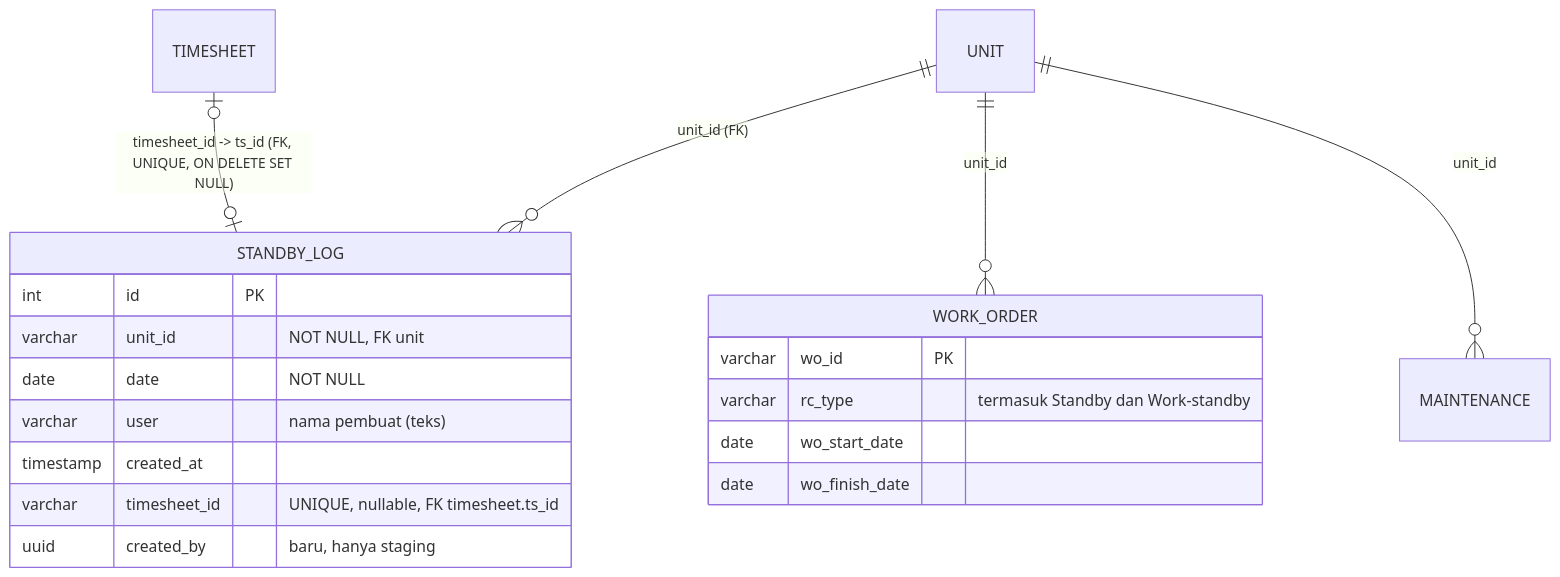
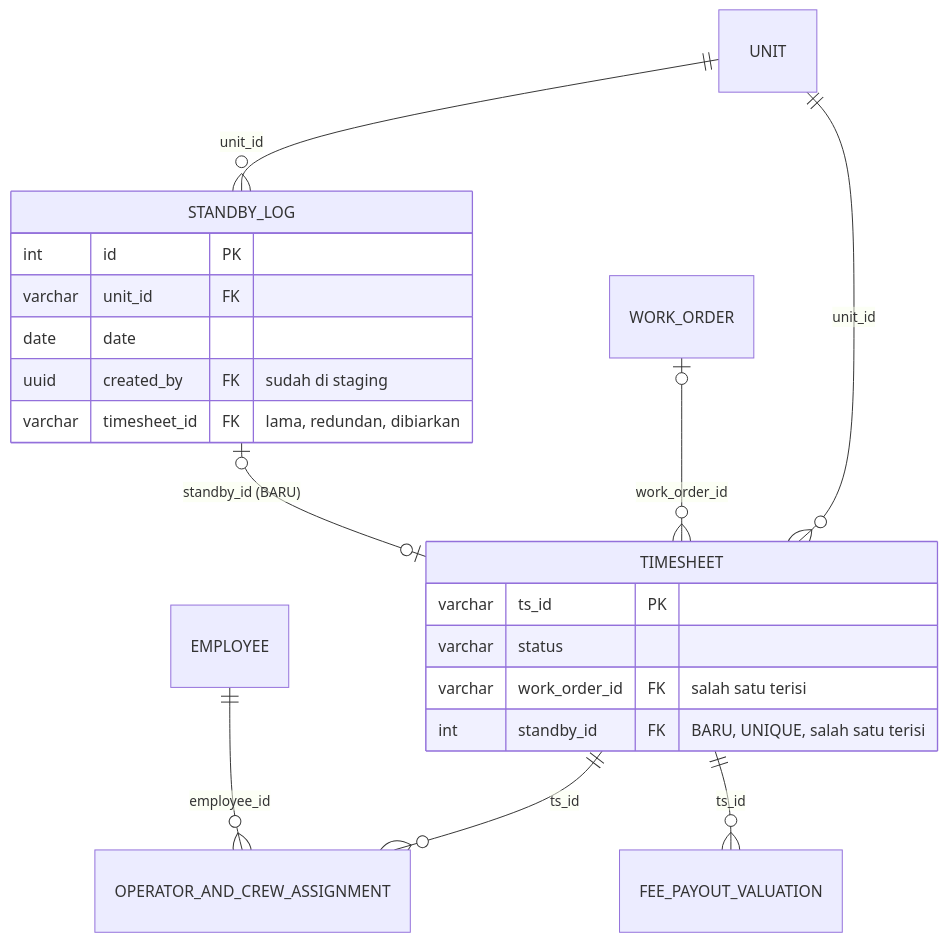
The second of 2 diagrams in docs/ERD-Standby-Plan.md (nefta-dgt/Rental-System-v.2.0), drawn with Mermaid before and after one commit. The commit also changed other lines of this file, not shown here.

First line of the commit message:
ERD standby: rencana konkret (timesheet.standby_id, urutan deploy, pertanyaan)

````diff
--- a/docs/ERD-Standby-Plan.md
+++ b/docs/ERD-Standby-Plan.md
@@ -8,23 +61,24 @@
 ```mermaid
 erDiagram
-    UNIT ||--o{ STANDBY_LOG : "unit_id (FK)"
-    TIMESHEET |o--o| STANDBY_LOG : "timesheet_id -> ts_id (FK, UNIQUE, ON DELETE SET NULL)"
-    UNIT ||--o{ WORK_ORDER : "unit_id"
-    UNIT ||--o{ MAINTENANCE : "unit_id"
+    UNIT ||--o{ STANDBY_LOG : "unit_id"
+    UNIT ||--o{ TIMESHEET : "unit_id"
+    WORK_ORDER |o--o{ TIMESHEET : "work_order_id"
+    STANDBY_LOG |o--o| TIMESHEET : "standby_id (BARU)"
+    TIMESHEET ||--o{ OPERATOR_AND_CREW_ASSIGNMENT : "ts_id"
+    TIMESHEET ||--o{ FEE_PAYOUT_VALUATION : "ts_id"
+    EMPLOYEE ||--o{ OPERATOR_AND_CREW_ASSIGNMENT : "employee_id"
 
     STANDBY_LOG {
         int id PK
-        varchar unit_id "NOT NULL, FK unit"
-        date date "NOT NULL"
-        varchar user "nama pembuat (teks)"
-        timestamp created_at
-        varchar timesheet_id "UNIQUE, nullable, FK timesheet.ts_id"
-        uuid created_by "baru, hanya staging"
+        varchar unit_id FK
+        date date
+        uuid created_by FK "sudah di staging"
+        varchar timesheet_id FK "lama, redundan, dibiarkan"
     }
-    WORK_ORDER {
-        varchar wo_id PK
-        varchar rc_type "termasuk Standby dan Work-standby"
-        date wo_start_date
-        date wo_finish_date
+    TIMESHEET {
+        varchar ts_id PK
+        varchar status
+        varchar work_order_id FK "salah satu terisi"
+        int standby_id FK "BARU, UNIQUE, salah satu terisi"
     }
 ```
````
